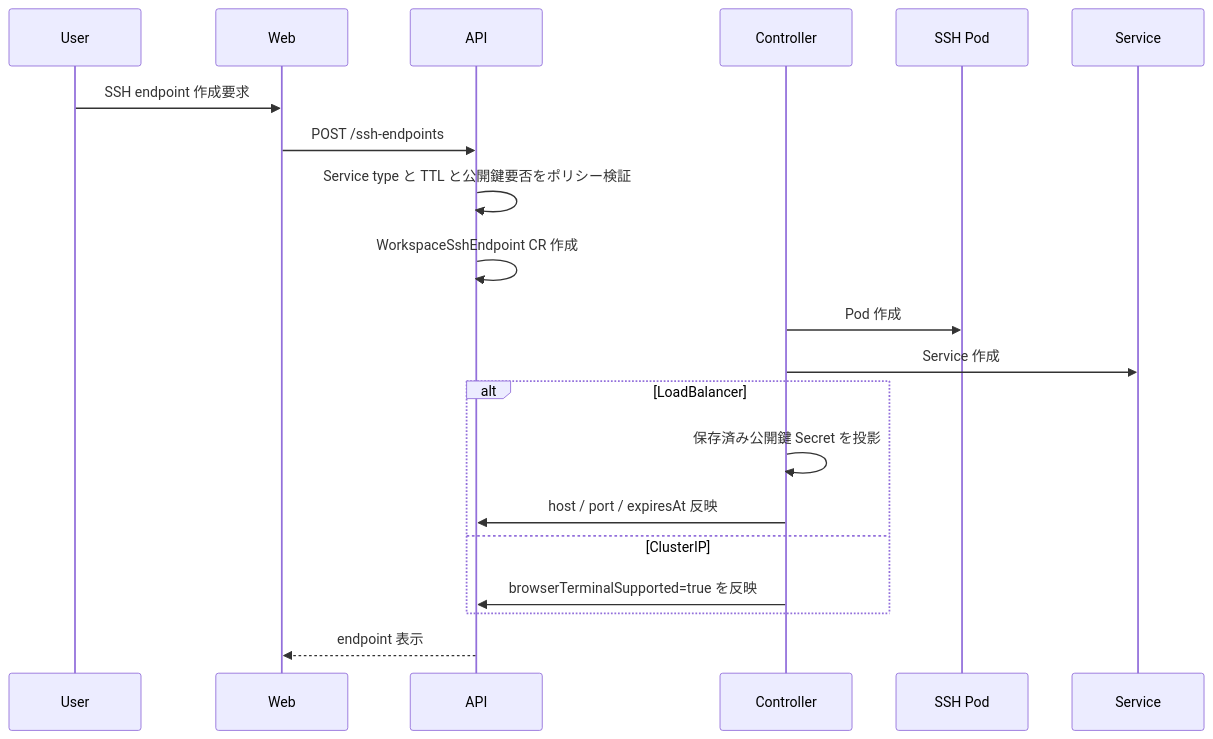
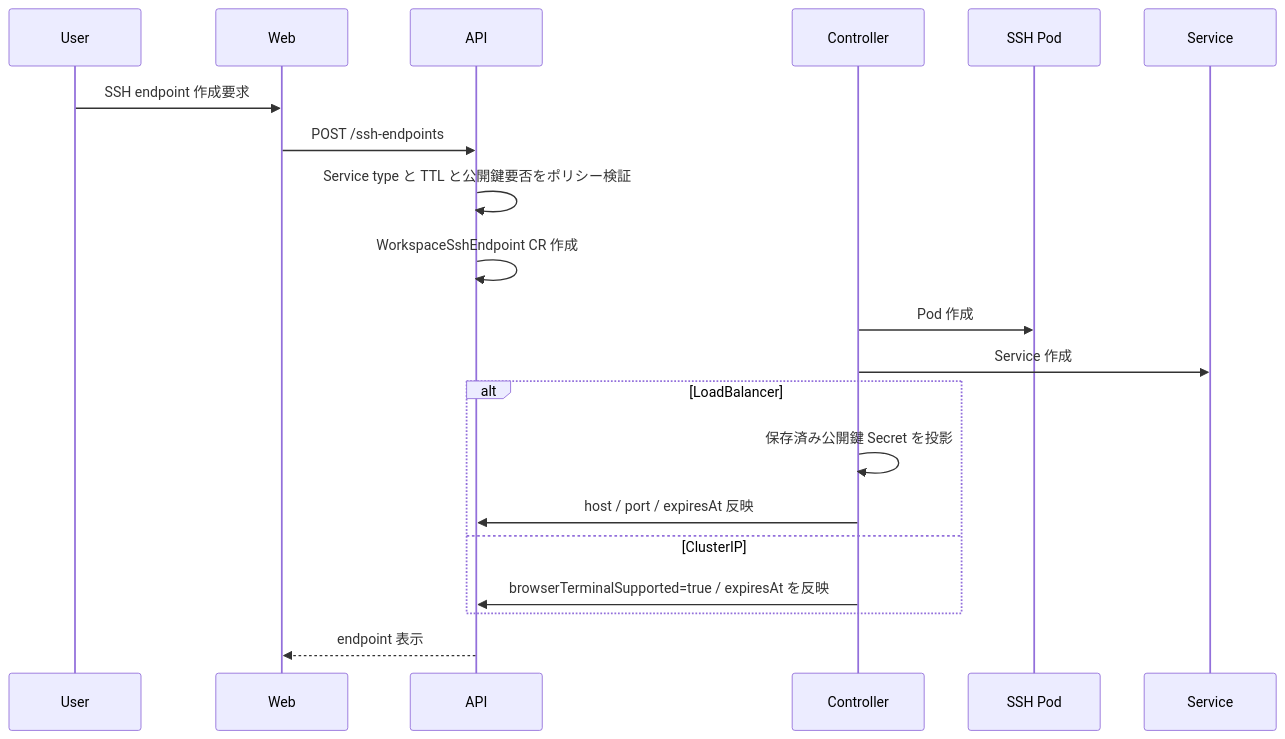
The eighth of 9 diagrams in docs/reference/orchestrator-basic-design.md (chalharu/copilot-sandbox-container), drawn with Mermaid before and after one commit. The commit also changed other lines of this file and 2 other files, not shown here.

````diff
--- a/docs/reference/orchestrator-basic-design.md
+++ b/docs/reference/orchestrator-basic-design.md
@@ -516,23 +551,23 @@
 ```mermaid
 sequenceDiagram
   participant U as User
   participant W as Web
   participant A as API
   participant C as Controller
   participant P as SSH Pod
   participant S as Service
 
   U->>W: SSH endpoint 作成要求
   W->>A: POST /ssh-endpoints
   A->>A: Service type と TTL と公開鍵要否をポリシー検証
   A->>A: WorkspaceSshEndpoint CR 作成
   C->>P: Pod 作成
   C->>S: Service 作成
   alt LoadBalancer
     C->>C: 保存済み公開鍵 Secret を投影
     C->>A: host / port / expiresAt 反映
   else ClusterIP
-    C->>A: browserTerminalSupported=true を反映
+    C->>A: browserTerminalSupported=true / expiresAt を反映
   end
   A-->>W: endpoint 表示
 ```
````
